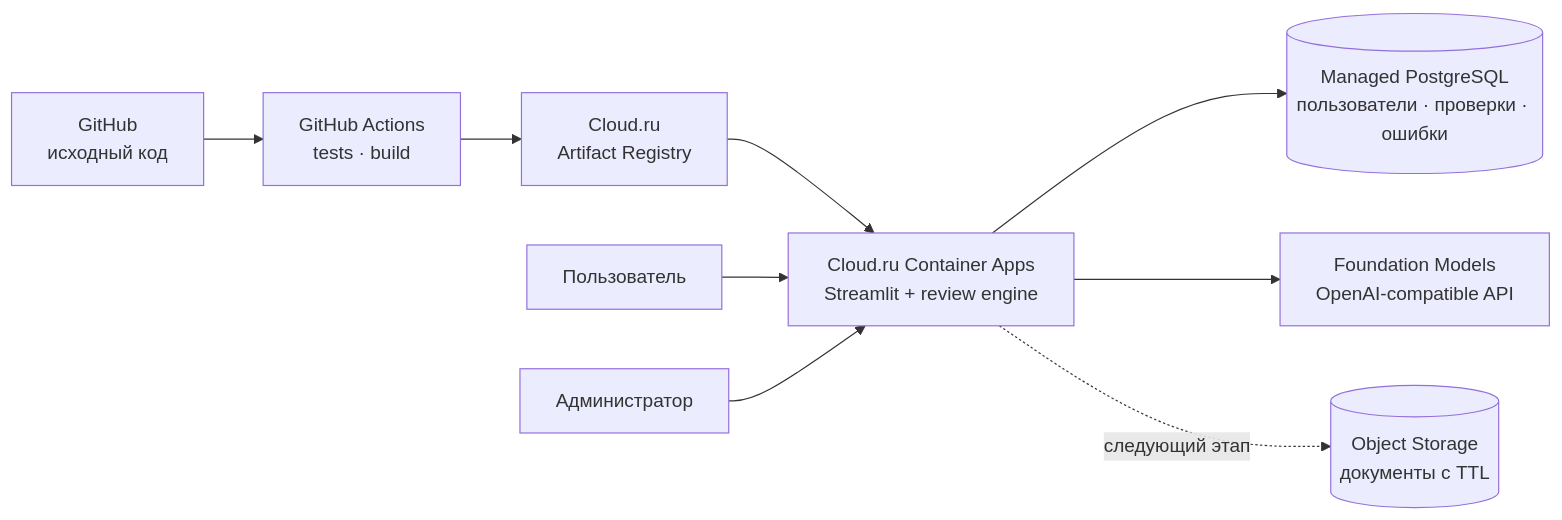
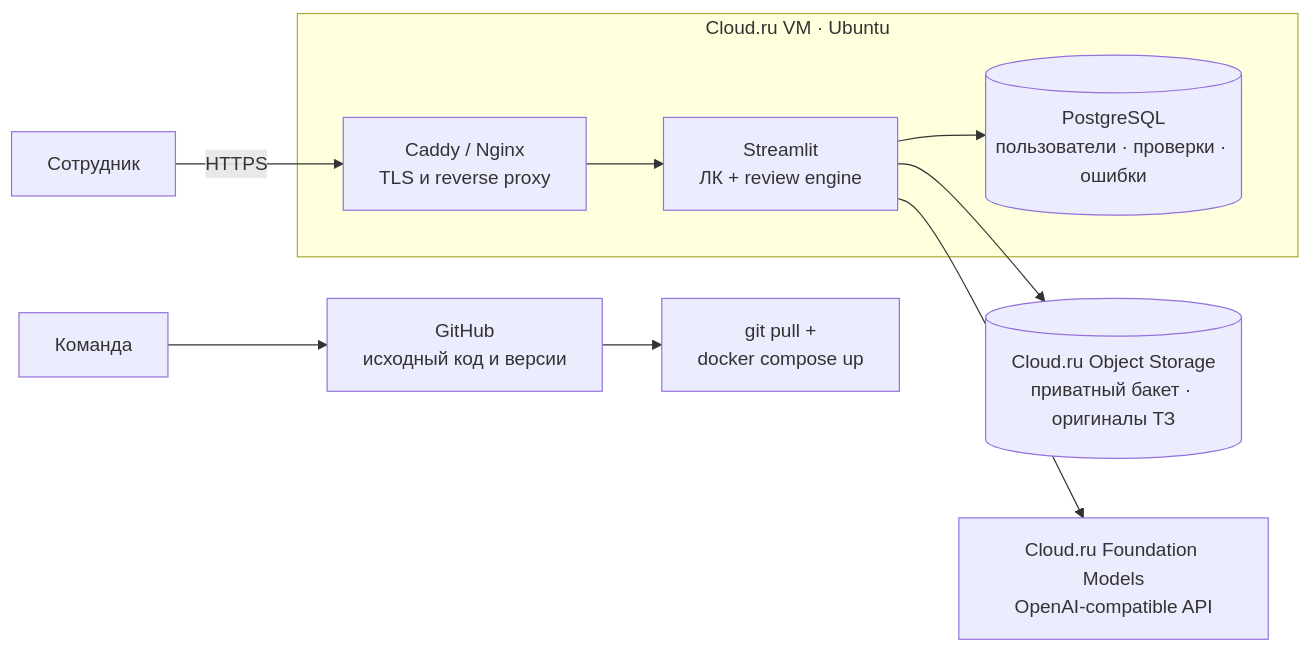
Before and after one commit to 1DenBackyard/itmoxmts: the second of 2 diagrams in README.md, drawn with Mermaid. The commit also changed other lines of this file and 11 other files, not shown here.

Commit message:
feat: add Cloud.ru object storage adapter

````diff
--- a/README.md
+++ b/README.md
@@ -55,13 +57,15 @@
 ```mermaid
 flowchart LR
-    GH["GitHub<br/>исходный код"] --> CI["GitHub Actions<br/>tests · build"]
-    CI --> AR["Cloud.ru<br/>Artifact Registry"]
-    AR --> APP["Cloud.ru Container Apps<br/>Streamlit + review engine"]
+    DEV["Команда"] --> GH["GitHub<br/>исходный код и версии"]
+    GH --> DEPLOY["git pull +<br/>docker compose up"]
 
-    USER["Пользователь"] --> APP
-    APP --> PG[("Managed PostgreSQL<br/>пользователи · проверки · ошибки")]
-    APP --> FM["Foundation Models<br/>OpenAI-compatible API"]
-    APP -. следующий этап .-> S3[("Object Storage<br/>документы с TTL")]
+    USER["Сотрудник"] -->|HTTPS| PROXY
 
-    ADMIN["Администратор"] --> APP
+    subgraph VM["Cloud.ru VM · Ubuntu"]
+        PROXY["Caddy / Nginx<br/>TLS и reverse proxy"] --> APP["Streamlit<br/>ЛК + review engine"]
+        APP --> PG[("PostgreSQL<br/>пользователи · проверки · ошибки")]
+    end
+
+    APP --> S3[("Cloud.ru Object Storage<br/>приватный бакет · оригиналы ТЗ")]
+    APP --> FM["Cloud.ru Foundation Models<br/>OpenAI-compatible API"]
 ```
````
